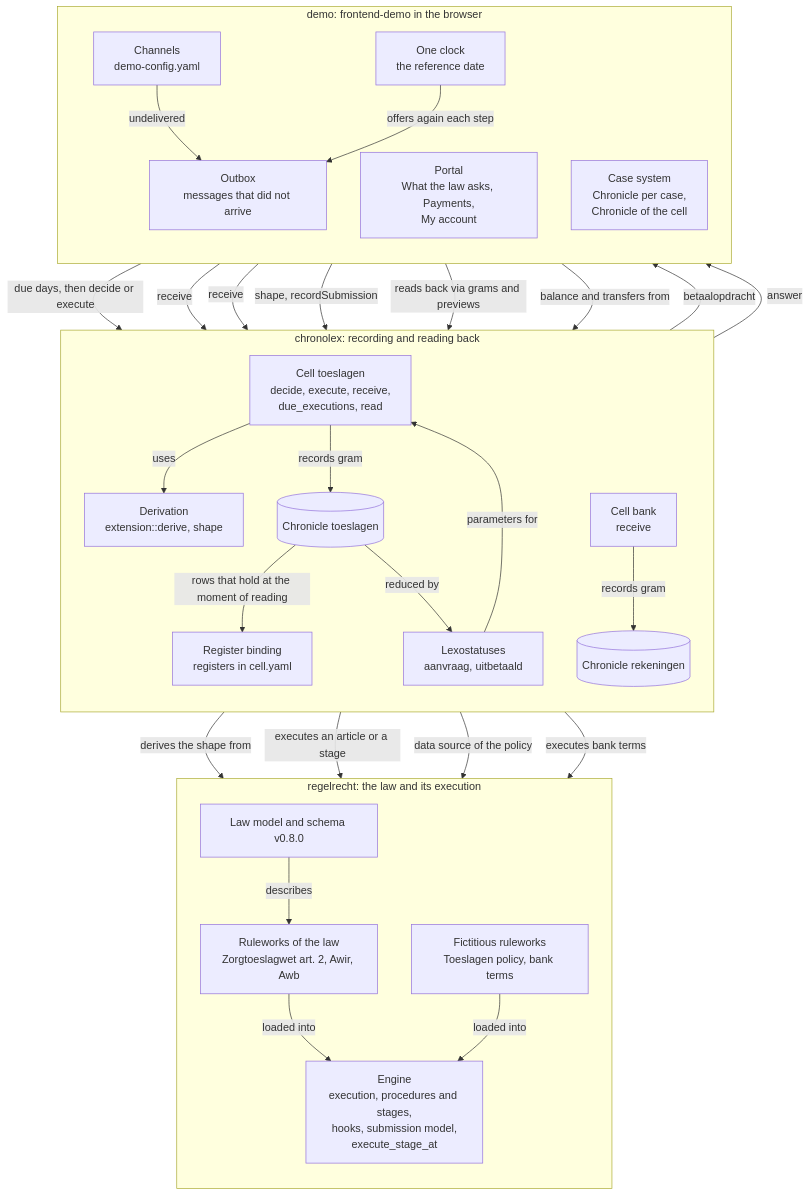
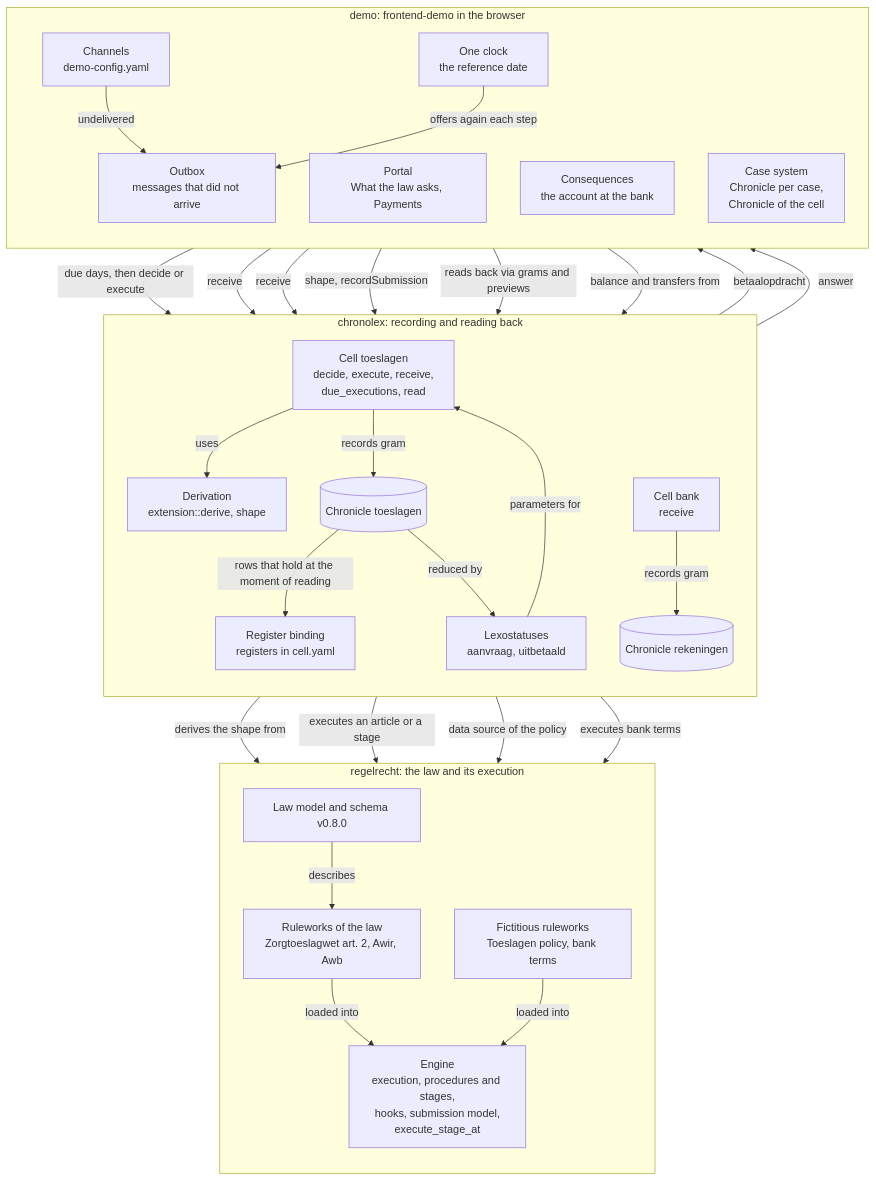
One commit to MinBZK/regelrecht changed the first of 2 diagrams in docs/src/content/docs/components/zorgtoeslag-chronolexography.md. Above: the diagram before and after it, drawn with Mermaid. The commit also changed other lines of this file and 1 other file, not shown here.

````diff
--- a/docs/src/content/docs/components/zorgtoeslag-chronolexography.md
+++ b/docs/src/content/docs/components/zorgtoeslag-chronolexography.md
@@ -24,51 +24,52 @@
 ```mermaid
 flowchart TB
   subgraph RR["regelrecht: the law and its execution"]
     direction TB
     LAW["Ruleworks of the law<br/>Zorgtoeslagwet art. 2, Awir, Awb"]
     POL["Fictitious ruleworks<br/>Toeslagen policy, bank terms"]
     SCH["Law model and schema v0.8.0"]
     ENG["Engine<br/>execution, procedures and stages,<br/>hooks, submission model,<br/>execute_stage_at"]
   end
   subgraph CL["chronolex: recording and reading back"]
     direction TB
     DER["Derivation<br/>extension::derive, shape"]
     CT["Cell toeslagen<br/>decide, execute, receive,<br/>due_executions, read"]
     KT[("Chronicle toeslagen")]
     REG["Register binding<br/>registers in cell.yaml"]
     LX["Lexostatuses<br/>aanvraag, uitbetaald"]
     CB["Cell bank<br/>receive"]
     KB[("Chronicle rekeningen")]
   end
   subgraph DM["demo: frontend-demo in the browser"]
     direction TB
     CLK["One clock<br/>the reference date"]
-    POR["Portal<br/>What the law asks, Payments,<br/>My account"]
+    POR["Portal<br/>What the law asks, Payments"]
+    GEV["Consequences<br/>the account at the bank"]
     ZS["Case system<br/>Chronicle per case,<br/>Chronicle of the cell"]
     CHN["Channels<br/>demo-config.yaml"]
     OB["Outbox<br/>messages that did not arrive"]
   end
   SCH -->|"describes"| LAW
   LAW -->|"loaded into"| ENG
   POL -->|"loaded into"| ENG
   DER -->|"derives the shape from"| LAW
   CT -->|"uses"| DER
   CT -->|"executes an article or a stage"| ENG
   CT -->|"records gram"| KT
   KT -->|"rows that hold at the moment of reading"| REG
   REG -->|"data source of the policy"| ENG
   KT -->|"reduced by"| LX
   LX -->|"parameters for"| CT
   CB -->|"executes bank terms"| ENG
   CB -->|"records gram"| KB
   CLK -->|"due days, then decide or execute"| CT
   CT -->|"betaalopdracht"| CHN
   CHN -->|"receive"| CB
   CB -->|"answer"| CHN
   CHN -->|"receive"| CT
   CHN -->|"undelivered"| OB
   CLK -->|"offers again each step"| OB
   POR -->|"shape, recordSubmission"| CT
   ZS -->|"reads back via grams and previews"| CT
-  POR -->|"balance and transfers from"| KB
+  GEV -->|"balance and transfers from"| KB
 ```
````
